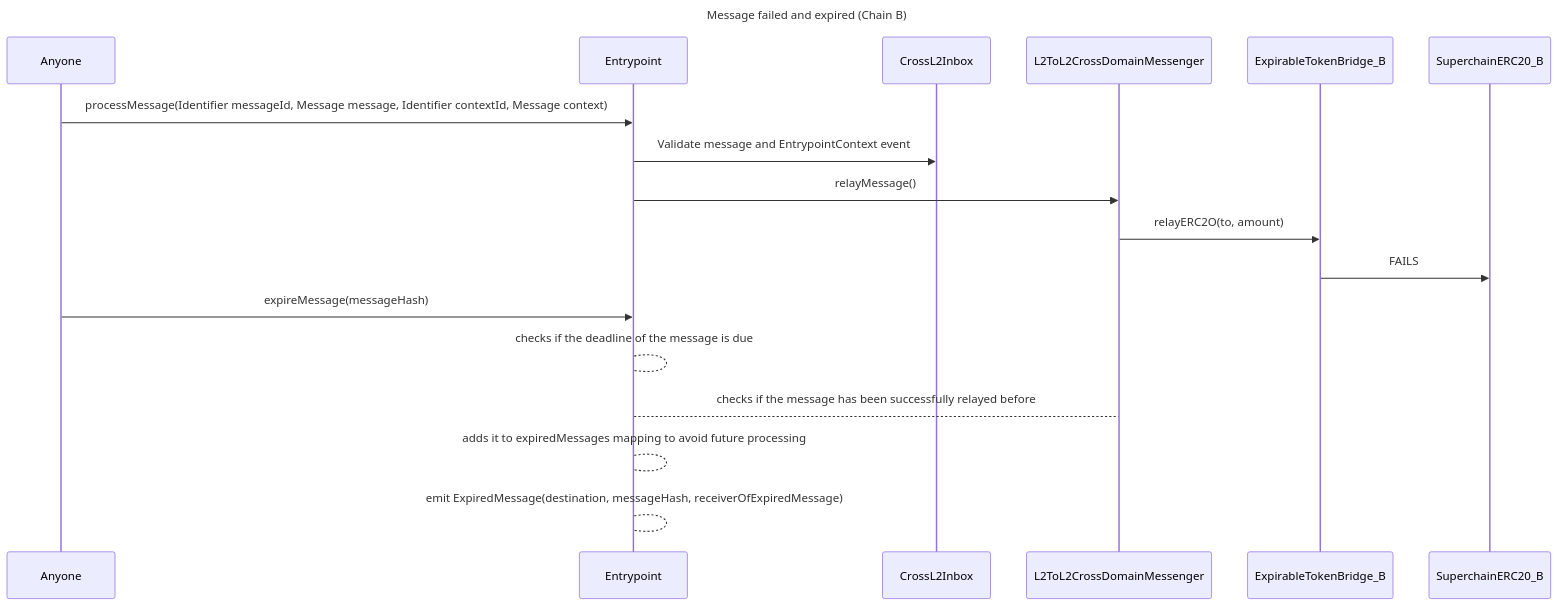
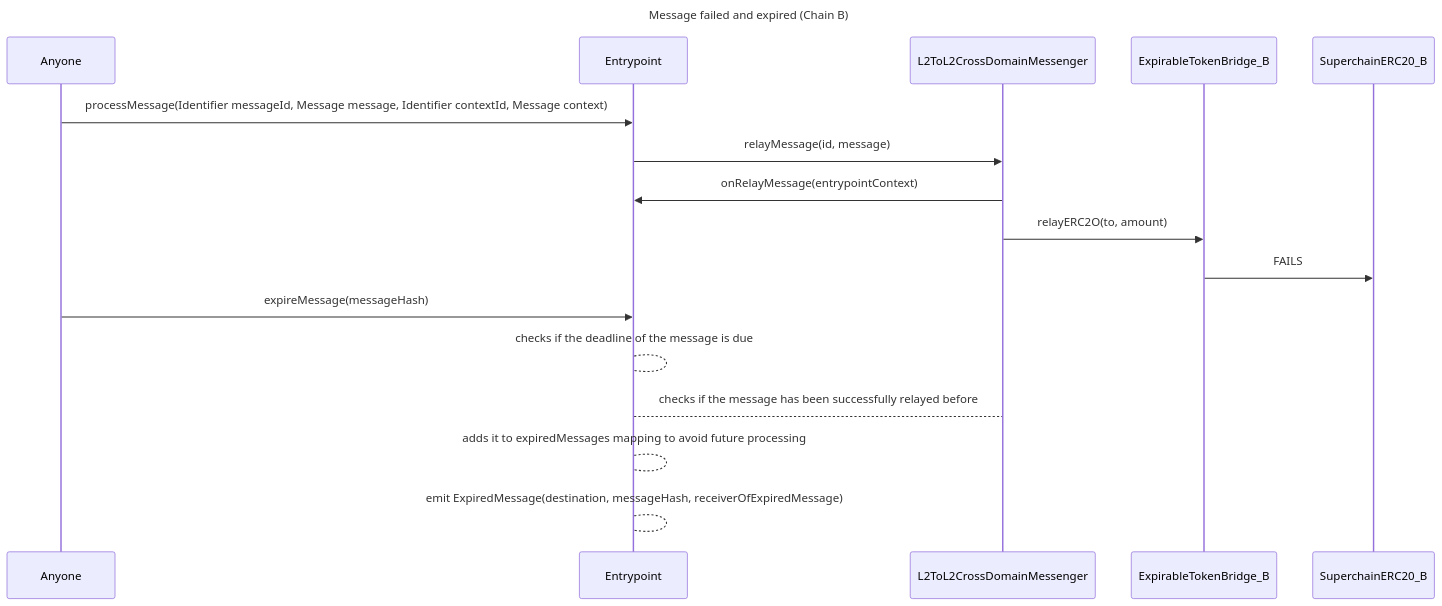
One commit to ethereum-optimism/design-docs changed the second of 3 diagrams in protocol/messaging/entrypoint-contracts.md. Above: the diagram before and after it, drawn with Mermaid. The commit also changed other lines of this file, not shown here.

Commit message:
feat: changed how entrypointContext is binded

````diff
--- a/protocol/messaging/entrypoint-contracts.md
+++ b/protocol/messaging/entrypoint-contracts.md
@@ -113,16 +119,17 @@
 ```mermaid
 sequenceDiagram
 
 title Message failed and expired (Chain B)
 
 Anyone->>Entrypoint: processMessage(Identifier messageId, Message message, Identifier contextId, Message context)
-Entrypoint->>CrossL2Inbox: Validate message and EntrypointContext event
-Entrypoint->>L2ToL2CrossDomainMessenger: relayMessage()
+Entrypoint->>L2ToL2CrossDomainMessenger: relayMessage(id, message)
+L2ToL2CrossDomainMessenger ->> Entrypoint: onRelayMessage(entrypointContext)
 L2ToL2CrossDomainMessenger->>ExpirableTokenBridge_B: relayERC2O(to, amount)
 ExpirableTokenBridge_B->>SuperchainERC20_B: FAILS
 Anyone->>Entrypoint: expireMessage(messageHash)
 Entrypoint-->Entrypoint: checks if the deadline of the message is due
 Entrypoint-->L2ToL2CrossDomainMessenger: checks if the message has been successfully relayed before
 Entrypoint-->Entrypoint: adds it to expiredMessages mapping to avoid future processing
 Entrypoint-->Entrypoint: emit ExpiredMessage(destination, messageHash, receiverOfExpiredMessage)
+
 ```
````
